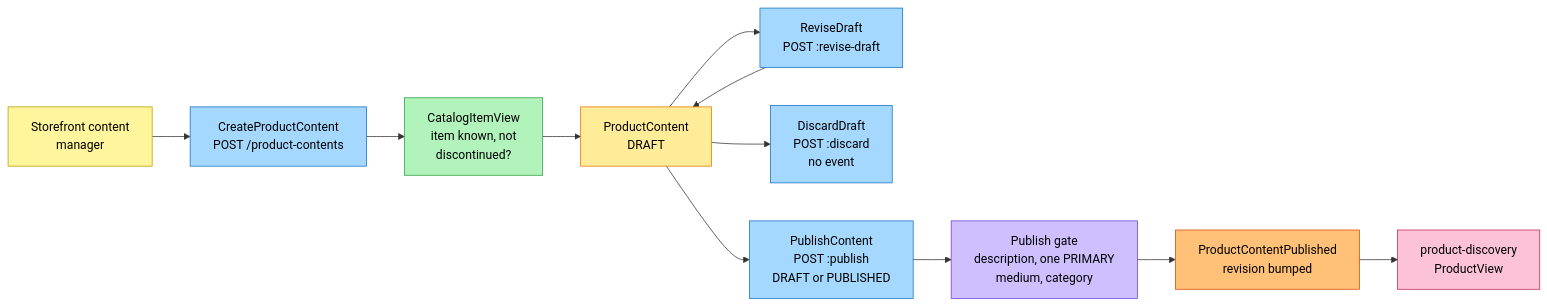
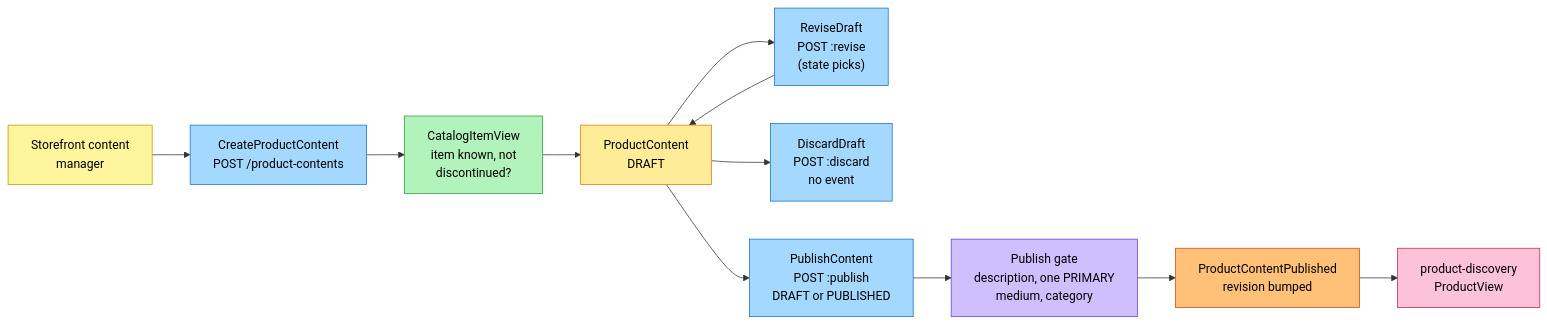
Before and after one commit to IQVO/warehouse-docs: the first of 3 diagrams in storefront/docs/contexts/product-content/eventstorming.md, drawn with Mermaid. The commit also changed other lines of this file and 83 other files, not shown here.

````diff
--- a/storefront/docs/contexts/product-content/eventstorming.md
+++ b/storefront/docs/contexts/product-content/eventstorming.md
@@ -37,28 +37,28 @@
 ```mermaid
 flowchart LR
     CM["Storefront content<br/>manager"]:::actor
     C1["CreateProductContent<br/>POST /product-contents"]:::command
     RM["CatalogItemView<br/>item known, not<br/>discontinued?"]:::readmodel
     G1["ProductContent<br/>DRAFT"]:::aggregate
-    C1b["ReviseDraft<br/>POST :revise-draft"]:::command
+    C1b["ReviseDraft<br/>POST :revise<br/>(state picks)"]:::command
     C1c["DiscardDraft<br/>POST :discard<br/>no event"]:::command
     C2["PublishContent<br/>POST :publish<br/>DRAFT or PUBLISHED"]:::command
     P1["Publish gate<br/>description, one PRIMARY<br/>medium, category"]:::policy
     E1["ProductContentPublished<br/>revision bumped"]:::event
     PD["product-discovery<br/>ProductView"]:::external
 
     CM --> C1
     C1 --> RM --> G1
     G1 --> C2 --> P1 --> E1 --> PD
     G1 --> C1b --> G1
     G1 --> C1c
 
     classDef actor fill:#fff59d,stroke:#b59f00,color:#000
     classDef command fill:#a5d8ff,stroke:#1971c2,color:#000
     classDef aggregate fill:#ffec99,stroke:#e67700,color:#000
     classDef event fill:#ffc078,stroke:#d9480f,color:#000
     classDef policy fill:#d0bfff,stroke:#6741d9,color:#000
     classDef readmodel fill:#b2f2bb,stroke:#2f9e44,color:#000
     classDef external fill:#fcc2d7,stroke:#c2255c,color:#000
     classDef hotspot fill:#ff8787,stroke:#c92a2a,color:#000
 ```
````
